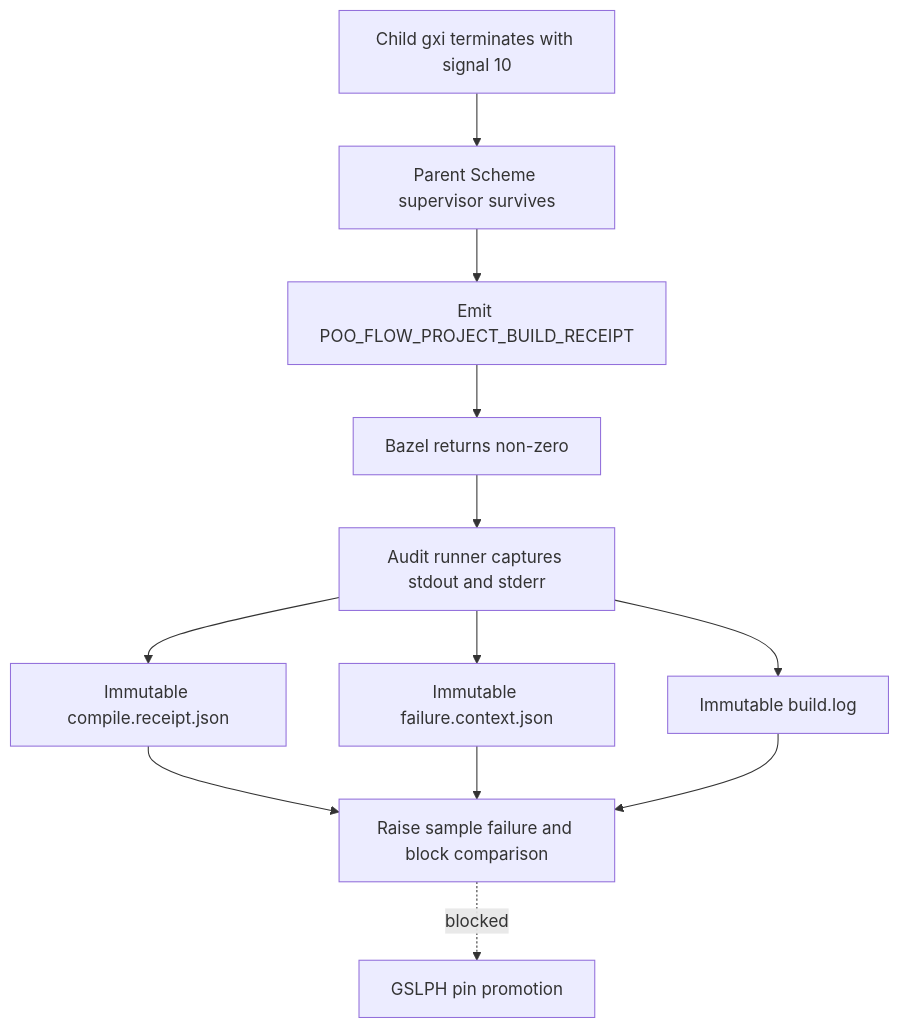
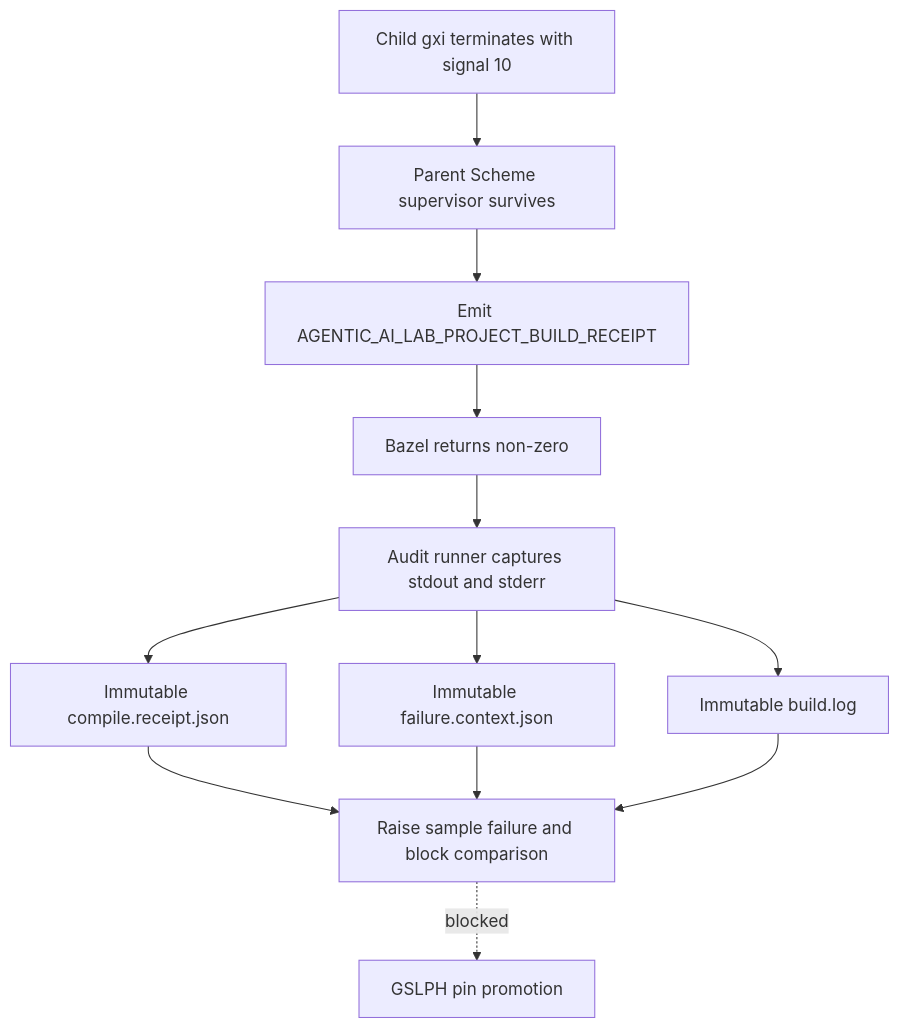
Before and after one commit to tao3k/gebril-yuanxu: the ninth of 20 diagrams in module-system/design/156-gerbil-bazel-pr29-downstream-performance-receipt.org, drawn with Mermaid. The commit also changed other lines of this file and 507 other files, not shown here.

```diff
--- a/module-system/design/156-gerbil-bazel-pr29-downstream-performance-receipt.org
+++ b/module-system/design/156-gerbil-bazel-pr29-downstream-performance-receipt.org
@@ -626,25 +626,25 @@
 #+begin_src mermaid
 flowchart TD
   Child["Child gxi terminates with signal 10"]
   Parent["Parent Scheme supervisor survives"]
-  ProjectReceipt["Emit POO_FLOW_PROJECT_BUILD_RECEIPT"]
+  ProjectReceipt["Emit AGENTIC_AI_LAB_PROJECT_BUILD_RECEIPT"]
   Bazel["Bazel returns non-zero"]
   Capture["Audit runner captures stdout and stderr"]
   Native["Immutable compile.receipt.json"]
   Context["Immutable failure.context.json"]
   Log["Immutable build.log"]
   Abort["Raise sample failure and block comparison"]
   Promote["GSLPH pin promotion"]
 
   Child --> Parent
   Parent --> ProjectReceipt
   ProjectReceipt --> Bazel
   Bazel --> Capture
   Capture --> Native
   Capture --> Context
   Capture --> Log
   Native --> Abort
   Context --> Abort
   Log --> Abort
   Abort -. "blocked" .-> Promote
 #+end_src
```
